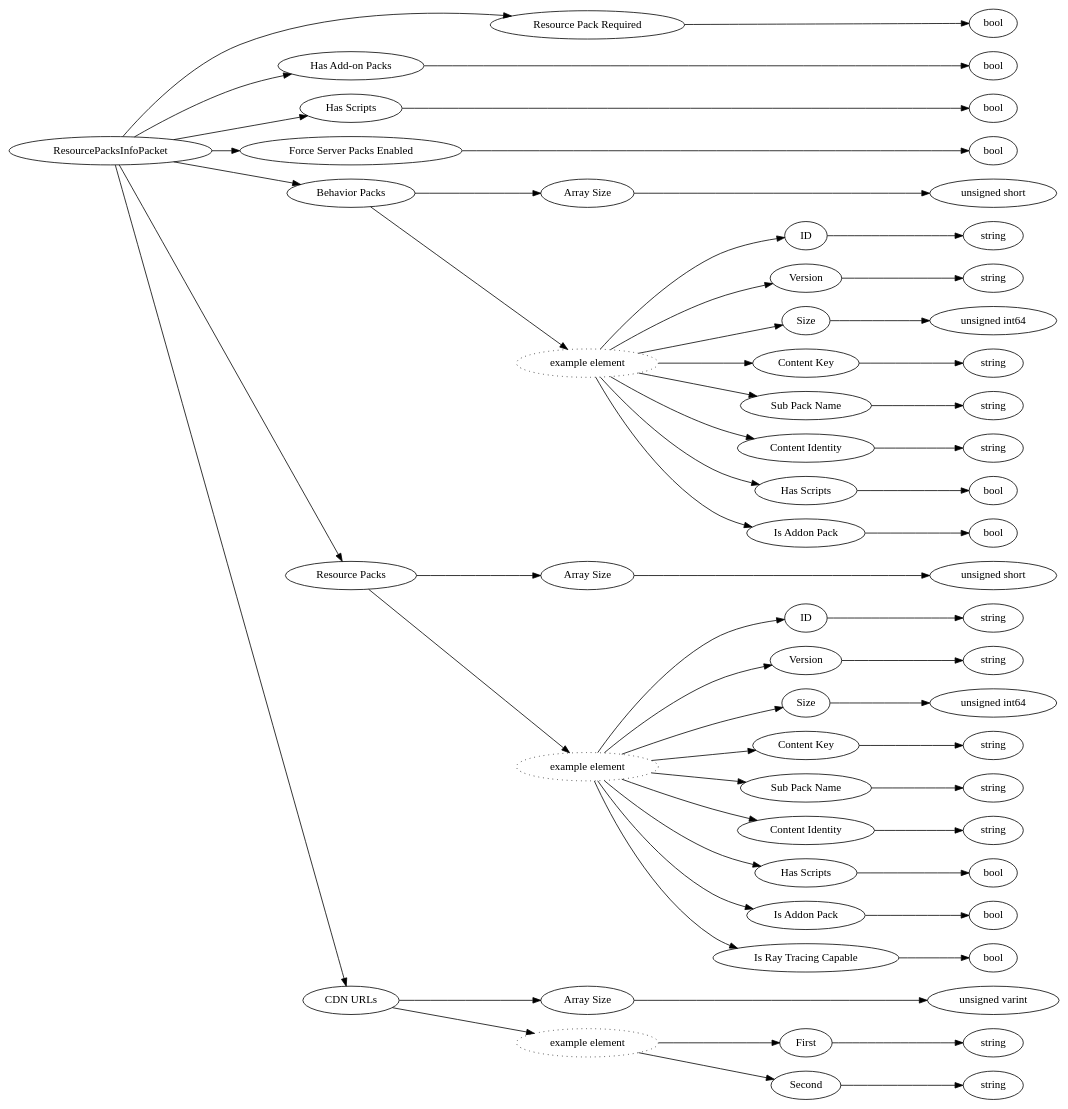
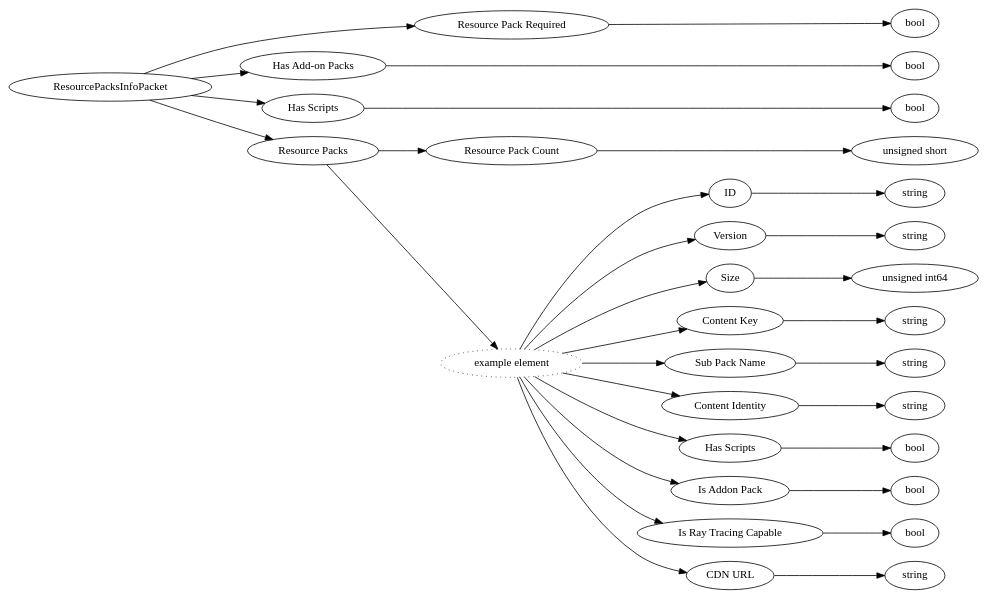
One commit to Mojang/bedrock-protocol-docs changed the diagram in dot/ResourcePacksInfoPacket.dot. Above: the diagram before and after it, drawn with Graphviz. The commit also changed 118 other files, not shown here.

```diff
--- a/dot/ResourcePacksInfoPacket.dot
+++ b/dot/ResourcePacksInfoPacket.dot
@@ -1,124 +1,68 @@
 digraph "ResourcePacksInfoPacket" {
 rankdir = LR
 0
 0 -> 1
 1 -> 2
 0 -> 3
 3 -> 4
 0 -> 5
 5 -> 6
 0 -> 7
 7 -> 8
-0 -> 9
-9 -> 10
+8 -> 9
+7 -> 10
 10 -> 11
-9 -> 12
-12 -> 13
+11 -> 12
+10 -> 13
 13 -> 14
-12 -> 15
+10 -> 15
 15 -> 16
-12 -> 17
+10 -> 17
 17 -> 18
-12 -> 19
+10 -> 19
 19 -> 20
-12 -> 21
+10 -> 21
 21 -> 22
-12 -> 23
+10 -> 23
 23 -> 24
-12 -> 25
+10 -> 25
 25 -> 26
-12 -> 27
+10 -> 27
 27 -> 28
-0 -> 29
+10 -> 29
 29 -> 30
-30 -> 31
-29 -> 32
-32 -> 33
-33 -> 34
-32 -> 35
-35 -> 36
-32 -> 37
-37 -> 38
-32 -> 39
-39 -> 40
-32 -> 41
-41 -> 42
-32 -> 43
-43 -> 44
-32 -> 45
-45 -> 46
-32 -> 47
-47 -> 48
-32 -> 49
-49 -> 50
-0 -> 51
-51 -> 52
-52 -> 53
-51 -> 54
-54 -> 55
-55 -> 56
-54 -> 57
-57 -> 58
 
 0 [label="ResourcePacksInfoPacket",comment="name: \"ResourcePacksInfoPacket\", typeName: \"\", id: 0, branchId: 6, recurseId: -1, attributes: 0, notes: \"\""];
 1 [label="Resource Pack Required",comment="name: \"Resource Pack Required\", typeName: \"\", id: 1, branchId: 0, recurseId: -1, attributes: 0, notes: \"\""];
 2 [label="bool",comment="name: \"bool\", typeName: \"\", id: 2, branchId: 0, recurseId: -1, attributes: 512, notes: \"\""];
 3 [label="Has Add-on Packs",comment="name: \"Has Add-on Packs\", typeName: \"\", id: 3, branchId: 0, recurseId: -1, attributes: 0, notes: \"\""];
 4 [label="bool",comment="name: \"bool\", typeName: \"\", id: 4, branchId: 0, recurseId: -1, attributes: 512, notes: \"\""];
 5 [label="Has Scripts",comment="name: \"Has Scripts\", typeName: \"\", id: 5, branchId: 0, recurseId: -1, attributes: 0, notes: \"\""];
 6 [label="bool",comment="name: \"bool\", typeName: \"\", id: 6, branchId: 0, recurseId: -1, attributes: 512, notes: \"\""];
-7 [label="Force Server Packs Enabled",comment="name: \"Force Server Packs Enabled\", typeName: \"\", id: 7, branchId: 0, recurseId: -1, attributes: 0, notes: \"\""];
-8 [label="bool",comment="name: \"bool\", typeName: \"\", id: 8, branchId: 0, recurseId: -1, attributes: 512, notes: \"\""];
-9 [label="Behavior Packs",comment="name: \"Behavior Packs\", typeName: \"\", id: 9, branchId: 0, recurseId: -1, attributes: 8, notes: \"\""];
-10 [label="Array Size",comment="name: \"Array Size\", typeName: \"\", id: 10, branchId: 0, recurseId: -1, attributes: 0, notes: \"\""];
-11 [label="unsigned short",comment="name: \"unsigned short\", typeName: \"\", id: 11, branchId: 0, recurseId: -1, attributes: 512, notes: \"\""];
-12 [label="example element",style=dotted,comment="name: \"example element\", typeName: \"\", id: 12, branchId: 0, recurseId: -1, attributes: 16, notes: \"\""];
-13 [label="ID",comment="name: \"ID\", typeName: \"\", id: 13, branchId: 0, recurseId: -1, attributes: 0, notes: \"\""];
+7 [label="Resource Packs",comment="name: \"Resource Packs\", typeName: \"\", id: 7, branchId: 0, recurseId: -1, attributes: 8, notes: \"\""];
+8 [label="Resource Pack Count",comment="name: \"Resource Pack Count\", typeName: \"\", id: 8, branchId: 0, recurseId: -1, attributes: 0, notes: \"\""];
+9 [label="unsigned short",comment="name: \"unsigned short\", typeName: \"\", id: 9, branchId: 0, recurseId: -1, attributes: 512, notes: \"\""];
+10 [label="example element",style=dotted,comment="name: \"example element\", typeName: \"\", id: 10, branchId: 0, recurseId: -1, attributes: 16, notes: \"\""];
+11 [label="ID",comment="name: \"ID\", typeName: \"\", id: 11, branchId: 0, recurseId: -1, attributes: 0, notes: \"\""];
+12 [label="string",comment="name: \"string\", typeName: \"\", id: 12, branchId: 0, recurseId: -1, attributes: 512, notes: \"\""];
+13 [label="Version",comment="name: \"Version\", typeName: \"\", id: 13, branchId: 0, recurseId: -1, attributes: 0, notes: \"\""];
 14 [label="string",comment="name: \"string\", typeName: \"\", id: 14, branchId: 0, recurseId: -1, attributes: 512, notes: \"\""];
-15 [label="Version",comment="name: \"Version\", typeName: \"\", id: 15, branchId: 0, recurseId: -1, attributes: 0, notes: \"\""];
-16 [label="string",comment="name: \"string\", typeName: \"\", id: 16, branchId: 0, recurseId: -1, attributes: 512, notes: \"\""];
-17 [label="Size",comment="name: \"Size\", typeName: \"\", id: 17, branchId: 0, recurseId: -1, attributes: 0, notes: \"\""];
-18 [label="unsigned int64",comment="name: \"unsigned int64\", typeName: \"\", id: 18, branchId: 0, recurseId: -1, attributes: 512, notes: \"\""];
-19 [label="Content Key",comment="name: \"Content Key\", typeName: \"\", id: 19, branchId: 0, recurseId: -1, attributes: 0, notes: \"\""];
+15 [label="Size",comment="name: \"Size\", typeName: \"\", id: 15, branchId: 0, recurseId: -1, attributes: 0, notes: \"\""];
+16 [label="unsigned int64",comment="name: \"unsigned int64\", typeName: \"\", id: 16, branchId: 0, recurseId: -1, attributes: 512, notes: \"\""];
+17 [label="Content Key",comment="name: \"Content Key\", typeName: \"\", id: 17, branchId: 0, recurseId: -1, attributes: 0, notes: \"\""];
+18 [label="string",comment="name: \"string\", typeName: \"\", id: 18, branchId: 0, recurseId: -1, attributes: 512, notes: \"\""];
+19 [label="Sub Pack Name",comment="name: \"Sub Pack Name\", typeName: \"\", id: 19, branchId: 0, recurseId: -1, attributes: 0, notes: \"\""];
 20 [label="string",comment="name: \"string\", typeName: \"\", id: 20, branchId: 0, recurseId: -1, attributes: 512, notes: \"\""];
-21 [label="Sub Pack Name",comment="name: \"Sub Pack Name\", typeName: \"\", id: 21, branchId: 0, recurseId: -1, attributes: 0, notes: \"\""];
+21 [label="Content Identity",comment="name: \"Content Identity\", typeName: \"\", id: 21, branchId: 0, recurseId: -1, attributes: 0, notes: \"\""];
 22 [label="string",comment="name: \"string\", typeName: \"\", id: 22, branchId: 0, recurseId: -1, attributes: 512, notes: \"\""];
-23 [label="Content Identity",comment="name: \"Content Identity\", typeName: \"\", id: 23, branchId: 0, recurseId: -1, attributes: 0, notes: \"\""];
-24 [label="string",comment="name: \"string\", typeName: \"\", id: 24, branchId: 0, recurseId: -1, attributes: 512, notes: \"\""];
-25 [label="Has Scripts",comment="name: \"Has Scripts\", typeName: \"\", id: 25, branchId: 0, recurseId: -1, attributes: 0, notes: \"\""];
+23 [label="Has Scripts",comment="name: \"Has Scripts\", typeName: \"\", id: 23, branchId: 0, recurseId: -1, attributes: 0, notes: \"\""];
+24 [label="bool",comment="name: \"bool\", typeName: \"\", id: 24, branchId: 0, recurseId: -1, attributes: 512, notes: \"\""];
+25 [label="Is Addon Pack",comment="name: \"Is Addon Pack\", typeName: \"\", id: 25, branchId: 0, recurseId: -1, attributes: 0, notes: \"Indicates this pack is part of an Add-On. Helps clients determine if the pack must be downloaded to join the server as Add-On packs are required to play without issues.\""];
 26 [label="bool",comment="name: \"bool\", typeName: \"\", id: 26, branchId: 0, recurseId: -1, attributes: 512, notes: \"\""];
-27 [label="Is Addon Pack",comment="name: \"Is Addon Pack\", typeName: \"\", id: 27, branchId: 0, recurseId: -1, attributes: 0, notes: \"Indicates this pack is part of an Add-On. Helps clients determine if the pack must be downloaded to join the server as Add-On packs are required to play without issues.\""];
+27 [label="Is Ray Tracing Capable",comment="name: \"Is Ray Tracing Capable\", typeName: \"\", id: 27, branchId: 0, recurseId: -1, attributes: 0, notes: \"\""];
 28 [label="bool",comment="name: \"bool\", typeName: \"\", id: 28, branchId: 0, recurseId: -1, attributes: 512, notes: \"\""];
-29 [label="Resource Packs",comment="name: \"Resource Packs\", typeName: \"\", id: 29, branchId: 0, recurseId: -1, attributes: 8, notes: \"\""];
-30 [label="Array Size",comment="name: \"Array Size\", typeName: \"\", id: 30, branchId: 0, recurseId: -1, attributes: 0, notes: \"\""];
-31 [label="unsigned short",comment="name: \"unsigned short\", typeName: \"\", id: 31, branchId: 0, recurseId: -1, attributes: 512, notes: \"\""];
-32 [label="example element",style=dotted,comment="name: \"example element\", typeName: \"\", id: 32, branchId: 0, recurseId: -1, attributes: 16, notes: \"\""];
-33 [label="ID",comment="name: \"ID\", typeName: \"\", id: 33, branchId: 0, recurseId: -1, attributes: 0, notes: \"\""];
-34 [label="string",comment="name: \"string\", typeName: \"\", id: 34, branchId: 0, recurseId: -1, attributes: 512, notes: \"\""];
-35 [label="Version",comment="name: \"Version\", typeName: \"\", id: 35, branchId: 0, recurseId: -1, attributes: 0, notes: \"\""];
-36 [label="string",comment="name: \"string\", typeName: \"\", id: 36, branchId: 0, recurseId: -1, attributes: 512, notes: \"\""];
-37 [label="Size",comment="name: \"Size\", typeName: \"\", id: 37, branchId: 0, recurseId: -1, attributes: 0, notes: \"\""];
-38 [label="unsigned int64",comment="name: \"unsigned int64\", typeName: \"\", id: 38, branchId: 0, recurseId: -1, attributes: 512, notes: \"\""];
-39 [label="Content Key",comment="name: \"Content Key\", typeName: \"\", id: 39, branchId: 0, recurseId: -1, attributes: 0, notes: \"\""];
-40 [label="string",comment="name: \"string\", typeName: \"\", id: 40, branchId: 0, recurseId: -1, attributes: 512, notes: \"\""];
-41 [label="Sub Pack Name",comment="name: \"Sub Pack Name\", typeName: \"\", id: 41, branchId: 0, recurseId: -1, attributes: 0, notes: \"\""];
-42 [label="string",comment="name: \"string\", typeName: \"\", id: 42, branchId: 0, recurseId: -1, attributes: 512, notes: \"\""];
-43 [label="Content Identity",comment="name: \"Content Identity\", typeName: \"\", id: 43, branchId: 0, recurseId: -1, attributes: 0, notes: \"\""];
-44 [label="string",comment="name: \"string\", typeName: \"\", id: 44, branchId: 0, recurseId: -1, attributes: 512, notes: \"\""];
-45 [label="Has Scripts",comment="name: \"Has Scripts\", typeName: \"\", id: 45, branchId: 0, recurseId: -1, attributes: 0, notes: \"\""];
-46 [label="bool",comment="name: \"bool\", typeName: \"\", id: 46, branchId: 0, recurseId: -1, attributes: 512, notes: \"\""];
-47 [label="Is Addon Pack",comment="name: \"Is Addon Pack\", typeName: \"\", id: 47, branchId: 0, recurseId: -1, attributes: 0, notes: \"Indicates this pack is part of an Add-On. Helps clients determine if the pack must be downloaded to join the server as Add-On packs are required to play without issues.\""];
-48 [label="bool",comment="name: \"bool\", typeName: \"\", id: 48, branchId: 0, recurseId: -1, attributes: 512, notes: \"\""];
-49 [label="Is Ray Tracing Capable",comment="name: \"Is Ray Tracing Capable\", typeName: \"\", id: 49, branchId: 0, recurseId: -1, attributes: 0, notes: \"\""];
-50 [label="bool",comment="name: \"bool\", typeName: \"\", id: 50, branchId: 0, recurseId: -1, attributes: 512, notes: \"\""];
-51 [label="CDN URLs",comment="name: \"CDN URLs\", typeName: \"\", id: 51, branchId: 0, recurseId: -1, attributes: 8, notes: \"\""];
-52 [label="Array Size",comment="name: \"Array Size\", typeName: \"\", id: 52, branchId: 0, recurseId: -1, attributes: 0, notes: \"\""];
-53 [label="unsigned varint",comment="name: \"unsigned varint\", typeName: \"\", id: 53, branchId: 0, recurseId: -1, attributes: 512, notes: \"\""];
-54 [label="example element",style=dotted,comment="name: \"example element\", typeName: \"\", id: 54, branchId: 0, recurseId: -1, attributes: 16, notes: \"\""];
-55 [label="First",comment="name: \"First\", typeName: \"\", id: 55, branchId: 0, recurseId: -1, attributes: 0, notes: \"\""];
-56 [label="string",comment="name: \"string\", typeName: \"\", id: 56, branchId: 0, recurseId: -1, attributes: 512, notes: \"\""];
-57 [label="Second",comment="name: \"Second\", typeName: \"\", id: 57, branchId: 0, recurseId: -1, attributes: 0, notes: \"\""];
-58 [label="string",comment="name: \"string\", typeName: \"\", id: 58, branchId: 0, recurseId: -1, attributes: 512, notes: \"\""];
-{ rank = max;2;4;6;8;11;14;16;18;20;22;24;26;28;31;34;36;38;40;42;44;46;48;50;53;56;58}
+29 [label="CDN URL",comment="name: \"CDN URL\", typeName: \"\", id: 29, branchId: 0, recurseId: -1, attributes: 0, notes: \"\""];
+30 [label="string",comment="name: \"string\", typeName: \"\", id: 30, branchId: 0, recurseId: -1, attributes: 512, notes: \"\""];
+{ rank = max;2;4;6;9;12;14;16;18;20;22;24;26;28;30}
 
 }
```
